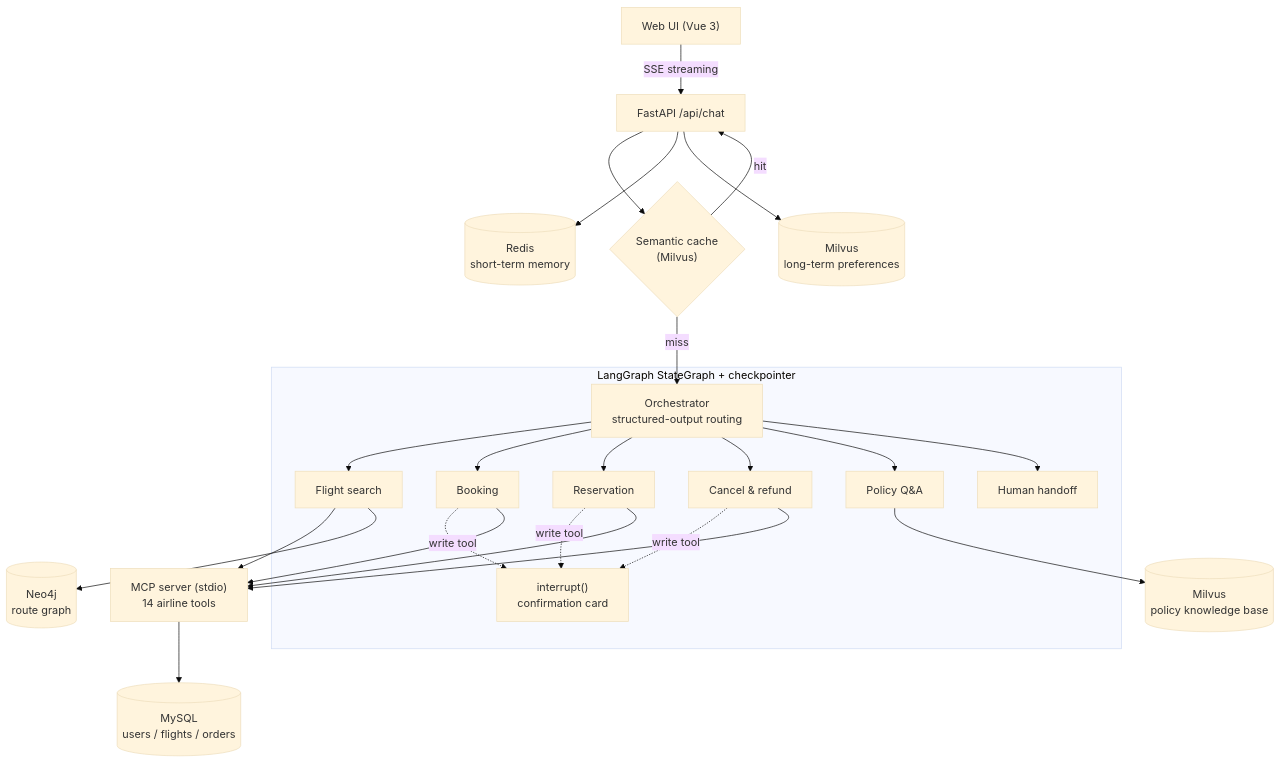
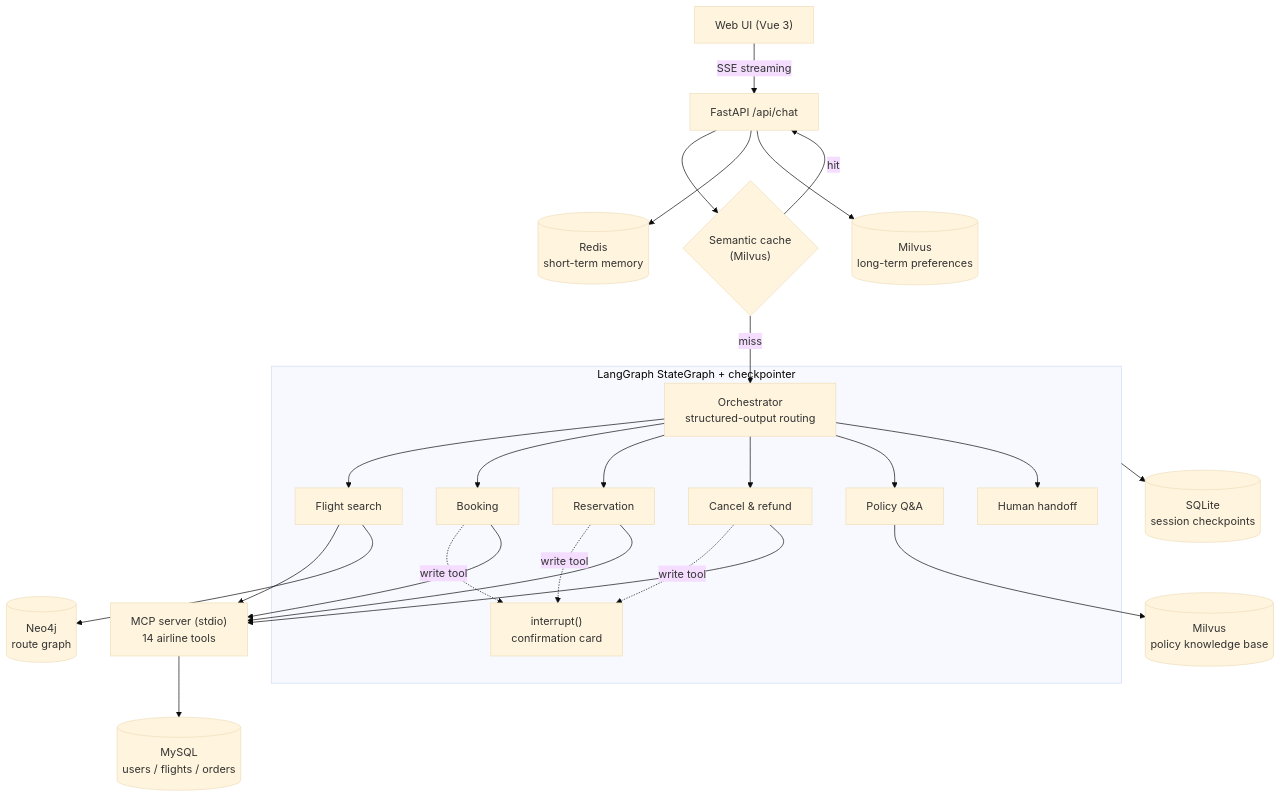
The diagram in README.md (qingyg086/wingdesk), drawn with Mermaid (base theme) before and after one commit. The commit also changed other lines of this file and 12 other files, not shown here.

````diff
--- a/README.md
+++ b/README.md
@@ -38,25 +38,26 @@
 ```mermaid
 flowchart TB
     U["Web UI (Vue 3)"] -- "SSE streaming" --> API["FastAPI /api/chat"]
     API --> SC{"Semantic cache<br/>(Milvus)"}
     SC -- "hit" --> API
     SC -- "miss" --> O
 
     subgraph G["LangGraph StateGraph + checkpointer"]
         O["Orchestrator<br/>structured-output routing"]
         O --> FS["Flight search"]
         O --> BK["Booking"]
         O --> RS["Reservation"]
         O --> CR["Cancel & refund"]
         O --> PO["Policy Q&A"]
         O --> HH["Human handoff"]
         BK & RS & CR -. "write tool" .-> HITL["interrupt()<br/>confirmation card"]
     end
 
     FS & BK & RS & CR --> MCP["MCP server (stdio)<br/>14 airline tools"]
     MCP --> MY[("MySQL<br/>users / flights / orders")]
     FS --> NEO[("Neo4j<br/>route graph")]
     PO --> MVP[("Milvus<br/>policy knowledge base")]
     API --> RD[("Redis<br/>short-term memory")]
     API --> MVL[("Milvus<br/>long-term preferences")]
+    G --> SQ[("SQLite<br/>session checkpoints")]
 ```
````
